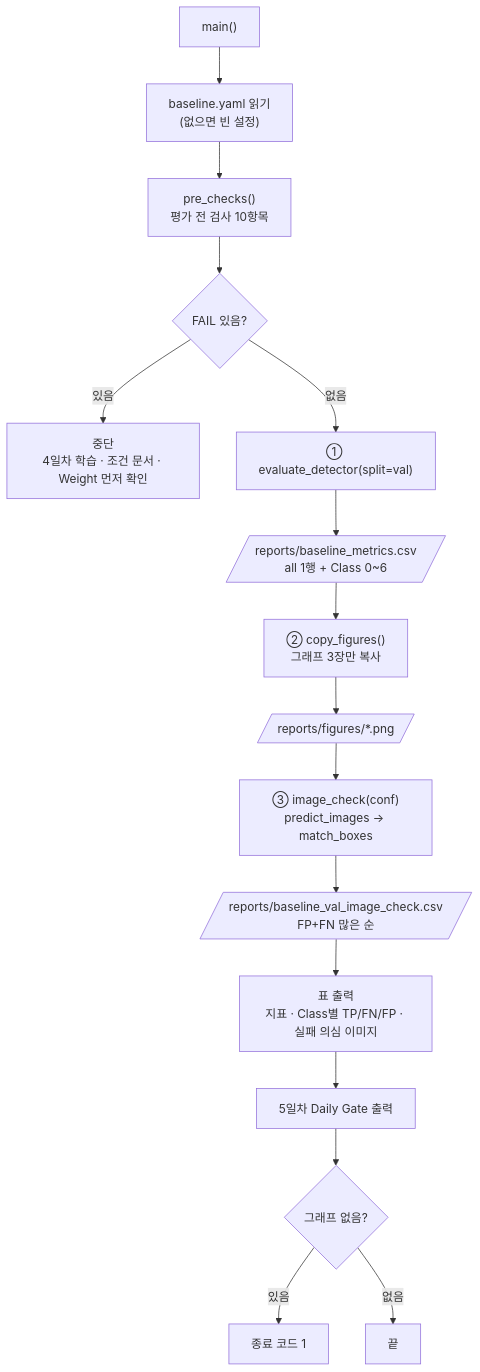
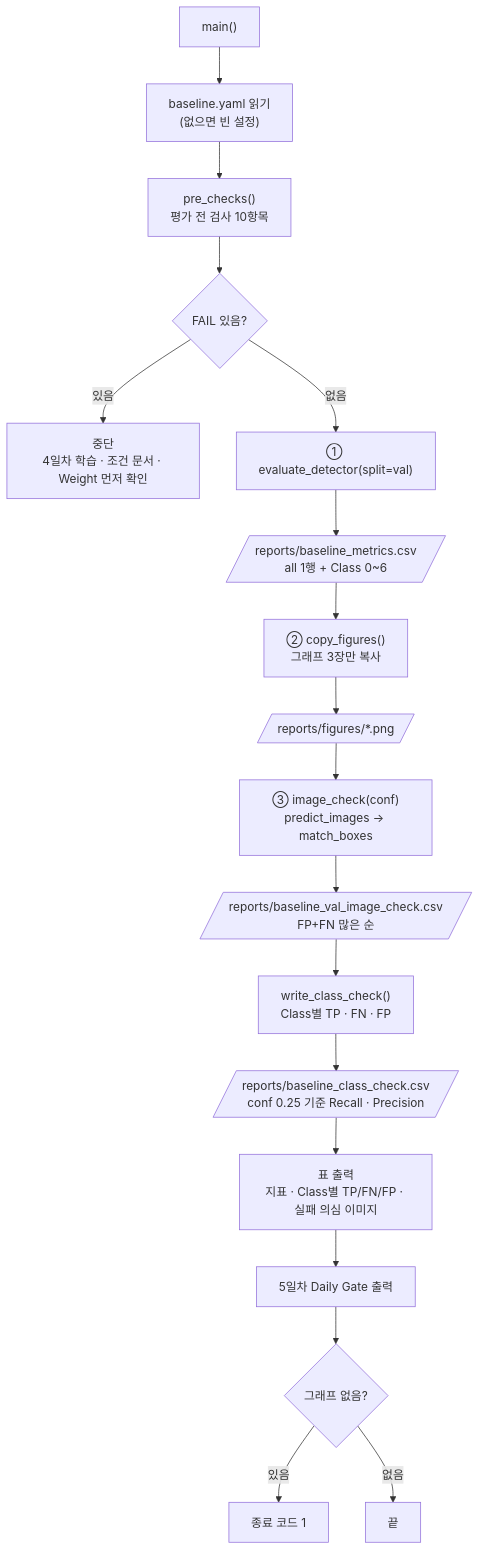
Before and after one commit to howolcat/prj2026.10: the diagram in prj08/docs/code_review/scripts/09_evaluate_baseline.md, drawn with Mermaid. The commit also changed other lines of this file and 4 other files, not shown here.

Commit message:
docs: README.md 수정, 09_evaluate_baseline.md 수정, 09a_branch_fp_check.md 추가

````diff
--- a/prj08/docs/code_review/scripts/09_evaluate_baseline.md
+++ b/prj08/docs/code_review/scripts/09_evaluate_baseline.md
@@ -47,18 +48,20 @@
 ```mermaid
 flowchart TD
     A["main()"] --> B["baseline.yaml 읽기<br/>(없으면 빈 설정)"]
     B --> C["pre_checks()<br/>평가 전 검사 10항목"]
     C --> D{"FAIL 있음?"}
     D -->|있음| X["중단<br/>4일차 학습 · 조건 문서 · Weight 먼저 확인"]
     D -->|없음| E["① evaluate_detector(split=val)"]
     E --> F[/"reports/baseline_metrics.csv<br/>all 1행 + Class 0~6"/]
     F --> G["② copy_figures()<br/>그래프 3장만 복사"]
     G --> H[/"reports/figures/*.png"/]
     H --> I["③ image_check(conf)<br/>predict_images → match_boxes"]
     I --> J[/"reports/baseline_val_image_check.csv<br/>FP+FN 많은 순"/]
-    J --> K["표 출력<br/>지표 · Class별 TP/FN/FP · 실패 의심 이미지"]
+    J --> J2["write_class_check()<br/>Class별 TP · FN · FP"]
+    J2 --> J3[/"reports/baseline_class_check.csv<br/>conf 0.25 기준 Recall · Precision"/]
+    J3 --> K["표 출력<br/>지표 · Class별 TP/FN/FP · 실패 의심 이미지"]
     K --> L["5일차 Daily Gate 출력"]
     L --> M{"그래프 없음?"}
     M -->|있음| N["종료 코드 1"]
     M -->|없음| O["끝"]
 ```
````
